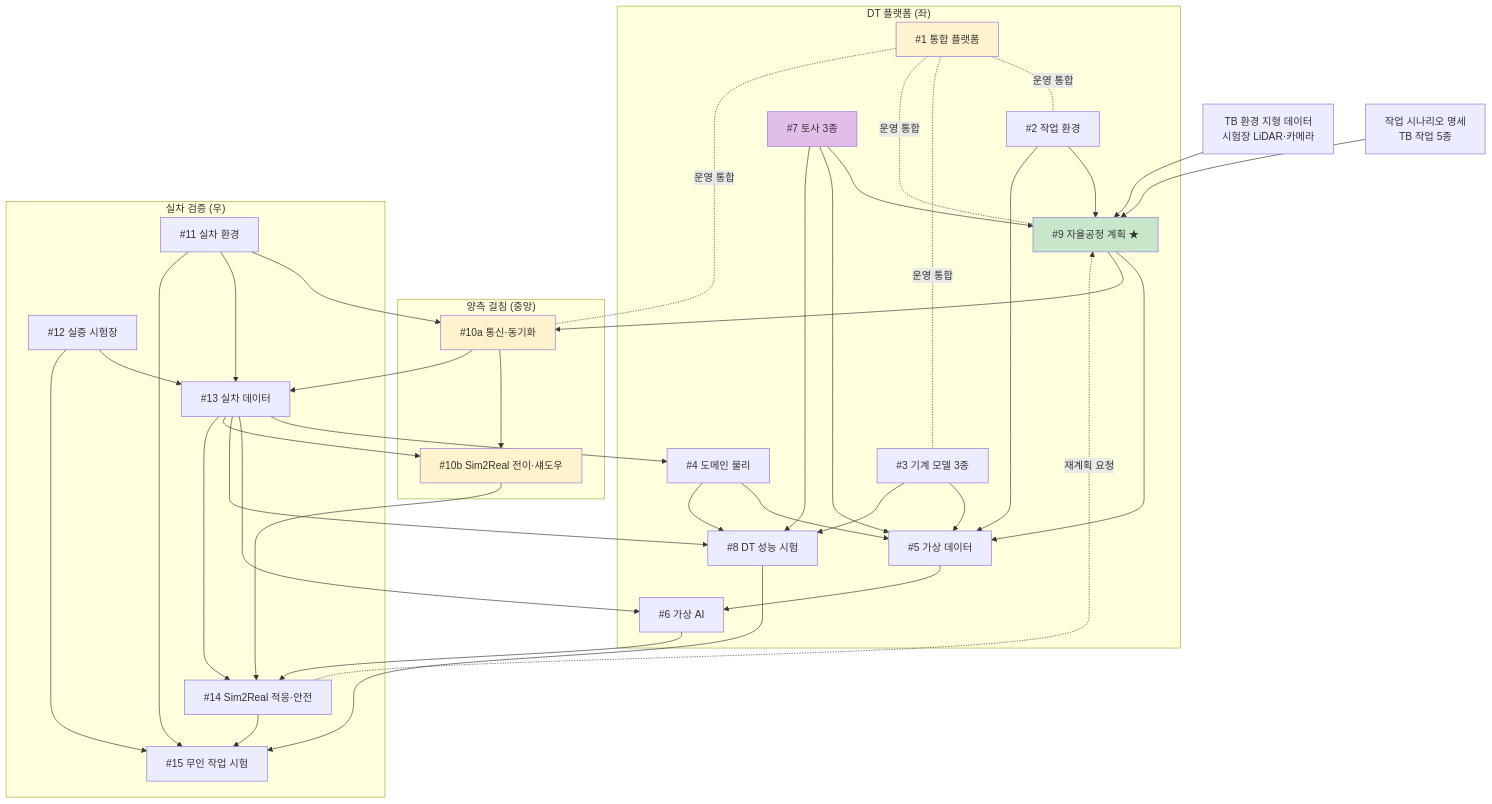
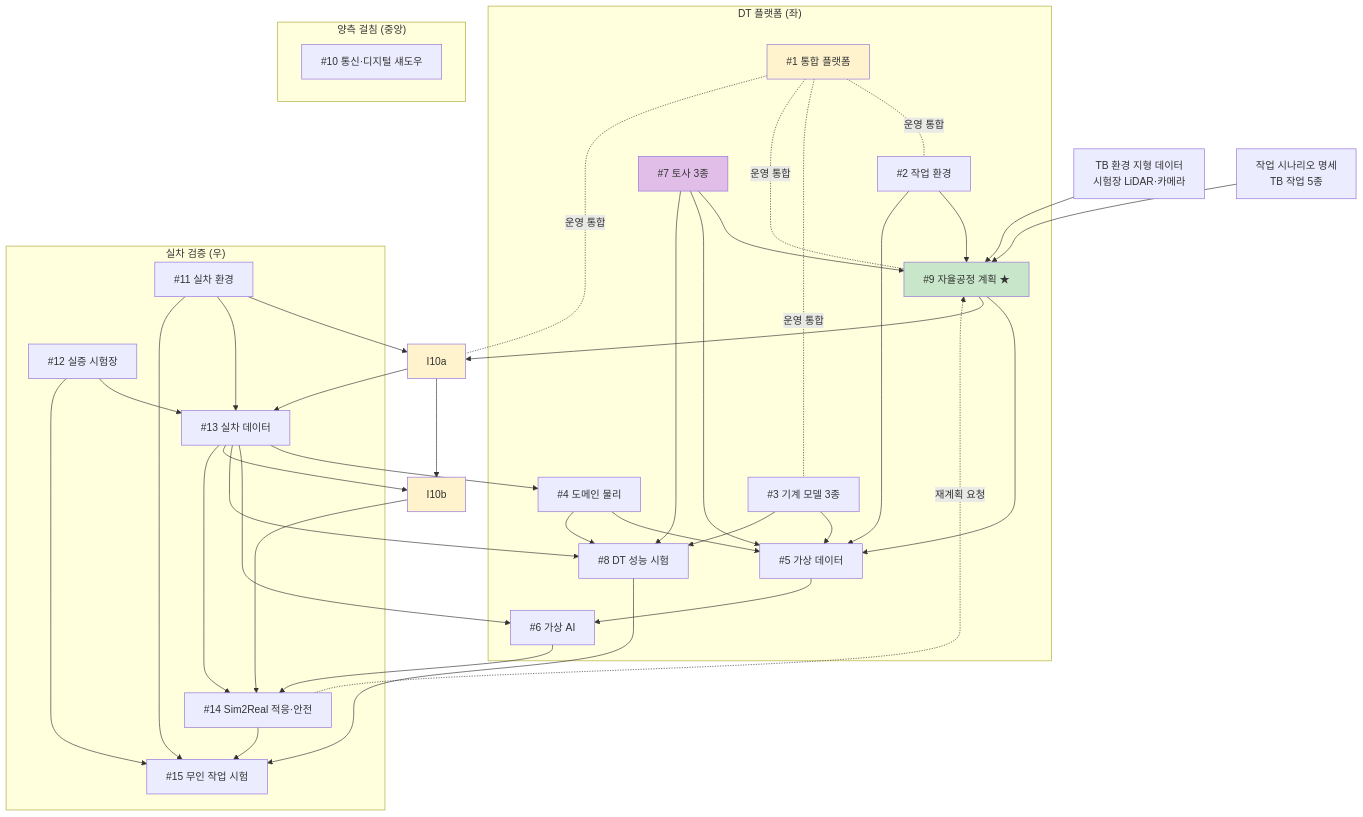
The first of 2 diagrams in 11. DT/사업기획_업무상세화_v1.md (rebirther00/report), drawn with Mermaid before and after one commit. The commit also changed other lines of this file and 4 other files, not shown here.

First line of the commit message:
#10a + #10b 통합 → #10 '실차–DT 통신·디지털 섀도우 인프라' (예산 중립 재배치)

````diff
--- a/11. DT/사업기획_업무상세화_v1.md
+++ b/11. DT/사업기획_업무상세화_v1.md
@@ -676,74 +668,73 @@
 ```mermaid
 graph TD
     TB[TB 환경 지형 데이터<br/>시험장 LiDAR·카메라]
     SCN[작업 시나리오 명세<br/>TB 작업 5종]
 
     subgraph "DT 플랫폼 (좌)"
         I1[#1 통합 플랫폼]
         I2[#2 작업 환경]
         I3[#3 기계 모델 3종]
         I4[#4 도메인 물리]
         I5[#5 가상 데이터]
         I6[#6 가상 AI]
         I7[#7 토사 3종]
         I8[#8 DT 성능 시험]
         I9[#9 자율공정 계획 ★]
     end
 
     subgraph "양측 걸침 (중앙)"
-        I10a[#10a 통신·동기화]
-        I10b[#10b Sim2Real 전이·섀도우]
+        I10[#10 통신·디지털 섀도우]
     end
 
     subgraph "실차 검증 (우)"
         I11[#11 실차 환경]
         I12[#12 실증 시험장]
         I13[#13 실차 데이터]
         I14[#14 Sim2Real 적응·안전]
         I15[#15 무인 작업 시험]
     end
 
     TB --> I9
     SCN --> I9
     I2 --> I9
     I7 --> I9
     I9 --> I5
     I9 --> I10a
 
     I2 --> I5
     I3 --> I5
     I4 --> I5
     I7 --> I5
     I3 --> I8
     I4 --> I8
     I7 --> I8
     I5 --> I6
     I6 --> I14
     I13 --> I4
     I13 --> I6
     I13 --> I8
     I13 --> I10b
     I13 --> I14
     I11 --> I10a
     I11 --> I13
     I12 --> I13
     I12 --> I15
     I10a --> I10b
     I10a --> I13
     I10b --> I14
     I14 --> I15
     I14 -.재계획 요청.-> I9
     I11 --> I15
     I8 --> I15
 
     I1 -.운영 통합.- I2
     I1 -.운영 통합.- I3
     I1 -.운영 통합.- I9
     I1 -.운영 통합.- I10a
 
     style I1 fill:#fff3cd
     style I7 fill:#e1bee7
     style I9 fill:#c8e6c9
     style I10a fill:#fff3cd
     style I10b fill:#fff3cd
 ```
````
